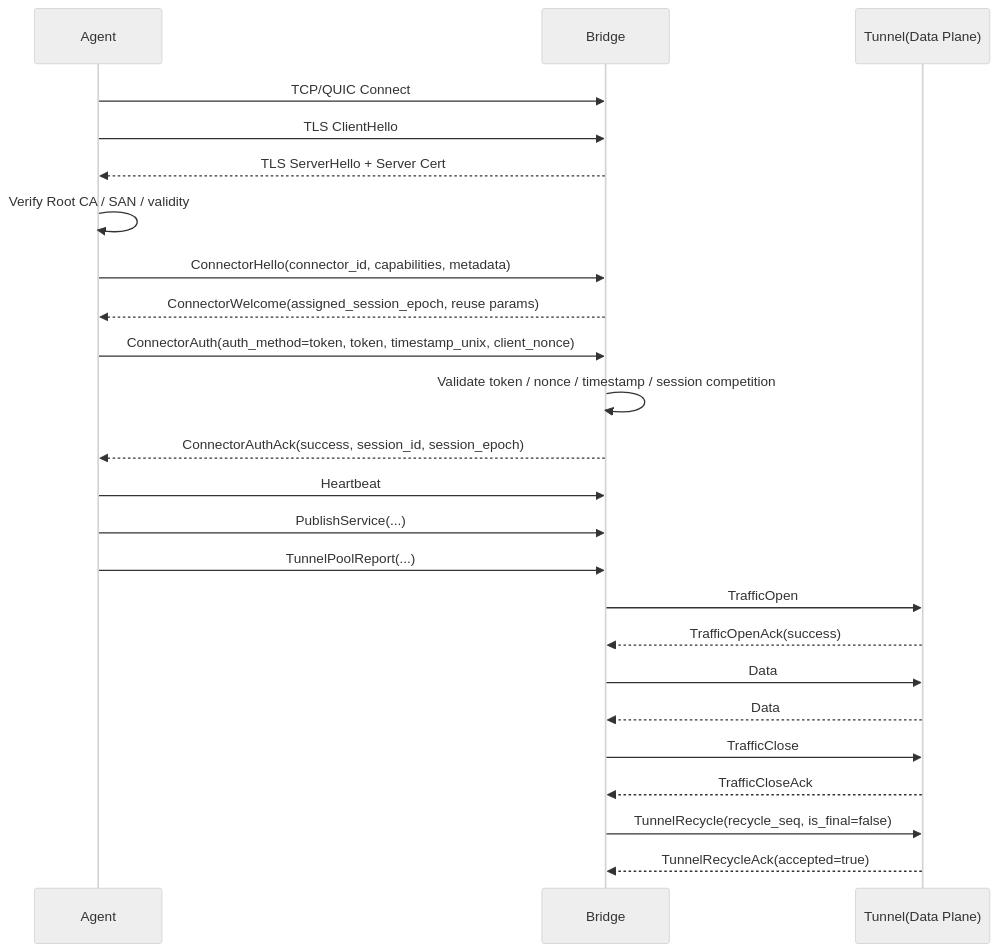
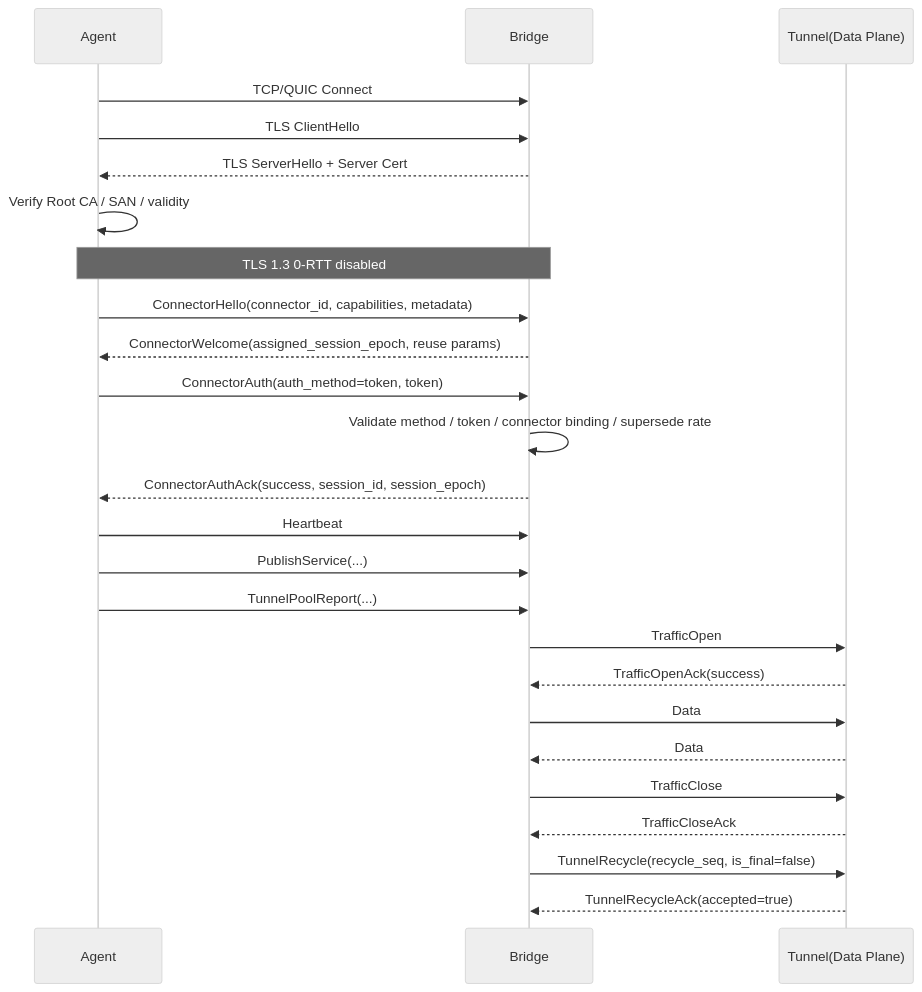
One commit to lifei6671/devbridge-loop changed the diagram in docs/Agent‑BridgeSecurityArchitectureAndAuthDesign.md. Above: the diagram before and after it, drawn with Mermaid (neutral theme). The commit also changed other lines of this file and 17 other files, not shown here.

````diff
--- a/docs/Agent‑BridgeSecurityArchitectureAndAuthDesign.md
+++ b/docs/Agent‑BridgeSecurityArchitectureAndAuthDesign.md
@@ -744,30 +716,31 @@
 ```mermaid
 sequenceDiagram
     participant A as Agent
     participant B as Bridge
     participant T as Tunnel(Data Plane)
 
     A->>B: TCP/QUIC Connect
     A->>B: TLS ClientHello
     B-->>A: TLS ServerHello + Server Cert
     A->>A: Verify Root CA / SAN / validity
+    Note over A,B: TLS 1.3 0-RTT disabled
 
     A->>B: ConnectorHello(connector_id, capabilities, metadata)
     B-->>A: ConnectorWelcome(assigned_session_epoch, reuse params)
-    A->>B: ConnectorAuth(auth_method=token, token, timestamp_unix, client_nonce)
-    B->>B: Validate token / nonce / timestamp / session competition
+    A->>B: ConnectorAuth(auth_method=token, token)
+    B->>B: Validate method / token / connector binding / supersede rate
     B-->>A: ConnectorAuthAck(success, session_id, session_epoch)
 
     A->>B: Heartbeat
     A->>B: PublishService(...)
     A->>B: TunnelPoolReport(...)
 
     B->>T: TrafficOpen
     T-->>B: TrafficOpenAck(success)
     B->>T: Data
     T-->>B: Data
     B->>T: TrafficClose
     T-->>B: TrafficCloseAck
     B->>T: TunnelRecycle(recycle_seq, is_final=false)
     T-->>B: TunnelRecycleAck(accepted=true)
 ```
````
